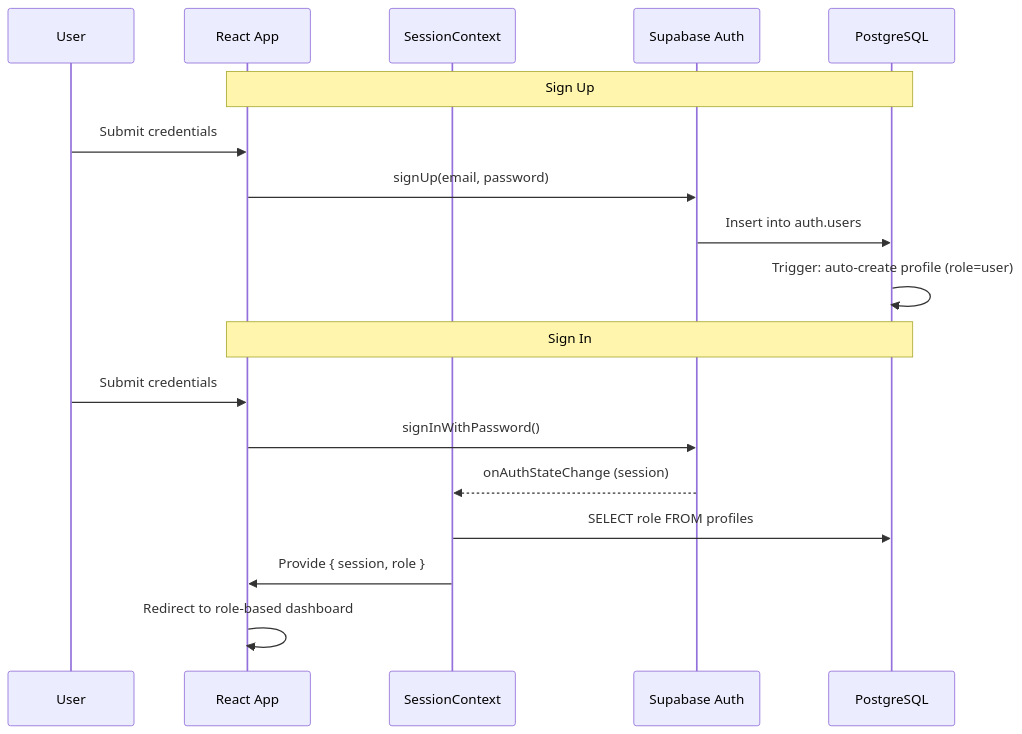
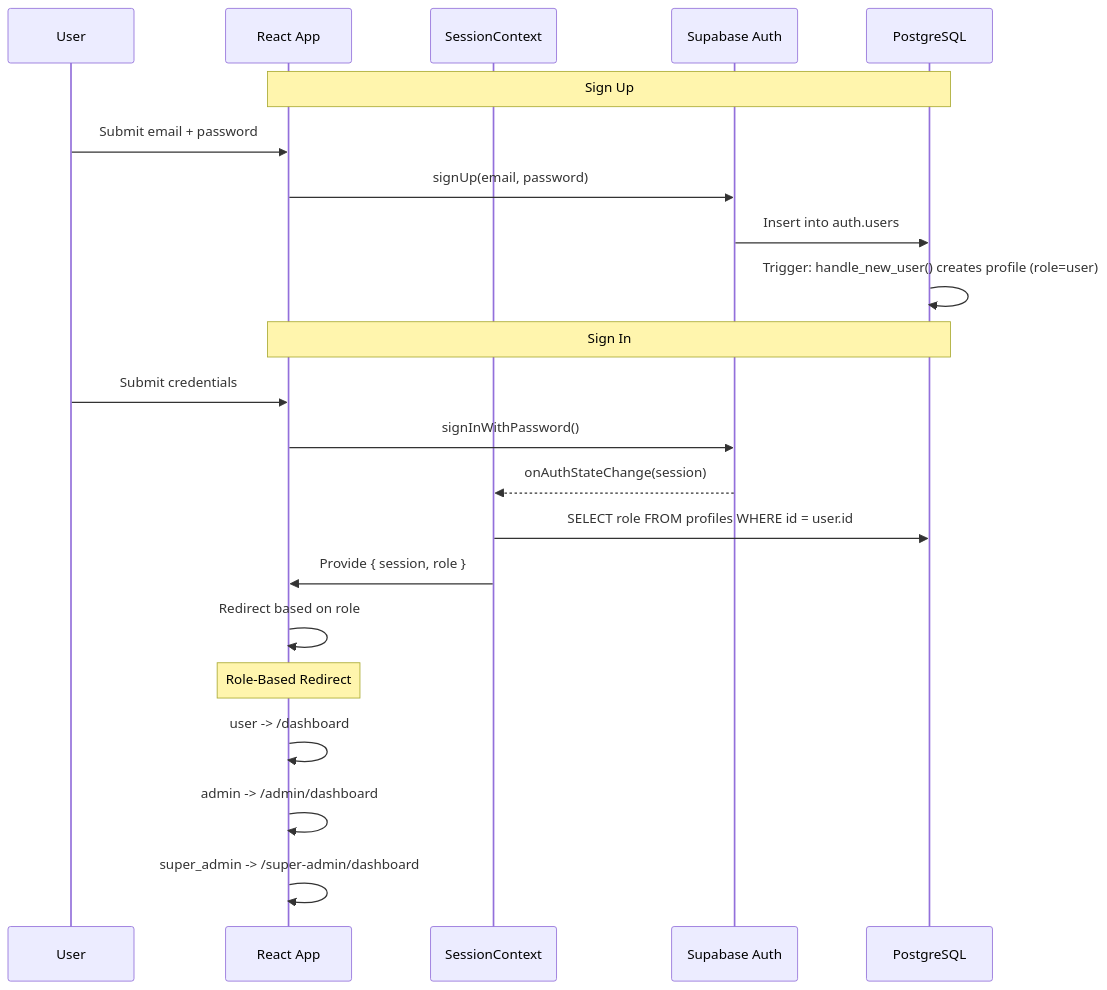
One commit to rezanaidji/PawConnect-Claude changed the third of 20 diagrams in README.md. Above: the diagram before and after it, drawn with Mermaid. The commit also changed other lines of this file, not shown here.

Commit message:
docs: comprehensive README with all 20 UML diagrams and full architecture documentation

````diff
--- a/README.md
+++ b/README.md
@@ -153,22 +481,27 @@
 ```mermaid
 sequenceDiagram
     participant User
     participant App as React App
     participant Context as SessionContext
     participant Supabase as Supabase Auth
     participant DB as PostgreSQL
 
     Note over App,DB: Sign Up
-    User->>App: Submit credentials
+    User->>App: Submit email + password
     App->>Supabase: signUp(email, password)
     Supabase->>DB: Insert into auth.users
-    DB->>DB: Trigger: auto-create profile (role=user)
+    DB->>DB: Trigger: handle_new_user() creates profile (role=user)
 
     Note over App,DB: Sign In
     User->>App: Submit credentials
     App->>Supabase: signInWithPassword()
-    Supabase-->>Context: onAuthStateChange (session)
-    Context->>DB: SELECT role FROM profiles
+    Supabase-->>Context: onAuthStateChange(session)
+    Context->>DB: SELECT role FROM profiles WHERE id = user.id
     Context->>App: Provide { session, role }
-    App->>App: Redirect to role-based dashboard
+    App->>App: Redirect based on role
+
+    Note over App: Role-Based Redirect
+    App->>App: user -> /dashboard
+    App->>App: admin -> /admin/dashboard
+    App->>App: super_admin -> /super-admin/dashboard
 ```
````
